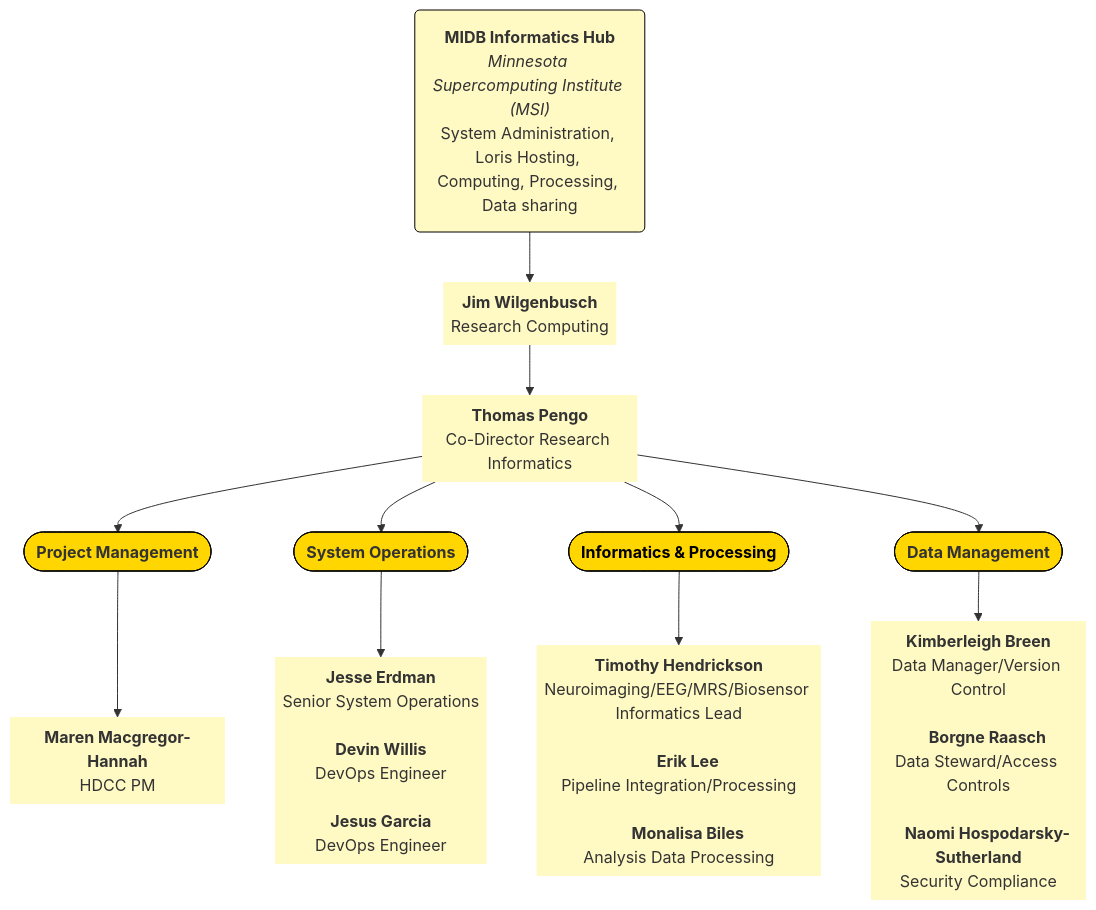
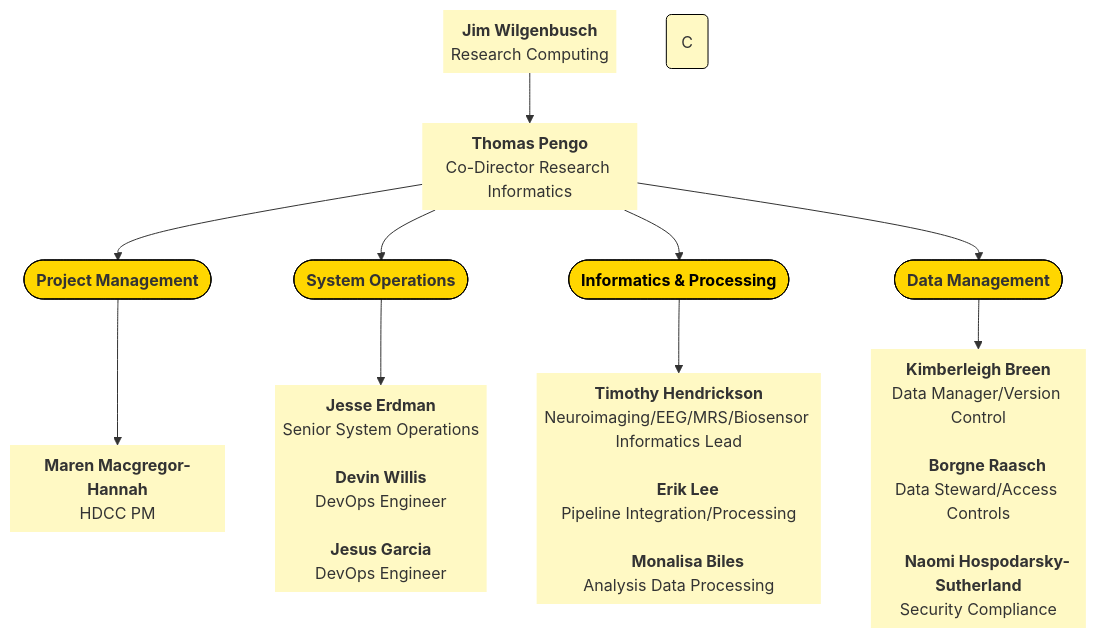
The fifth of 6 diagrams in docs/orgcharts.md (DCAN-Labs/hbcd-docs-internal), drawn with Mermaid before and after one commit. The commit also changed other lines of this file, not shown here.

````diff
--- a/docs/orgcharts.md
+++ b/docs/orgcharts.md
@@ -331,38 +333,37 @@
 ```mermaid
 ---
 config:
   layout: dagre
 ---
 flowchart TB
-    C["<b>MIDB Informatics Hub</b><br><i>Minnesota Supercomputing Institute (MSI)</i><br>System Administration, Loris Hosting, Computing, Processing, Data sharing"] --> K["<b>Jim Wilgenbusch</b><br>Research Computing"]
-    K --> L["<b>Thomas Pengo</b><br>Co-Director Research Informatics"]
+  K["<b>Jim Wilgenbusch</b><br>Research Computing"] --> L["<b>Thomas Pengo</b><br>Co-Director Research Informatics"]
     L --> M(["<b>Project Management</b>"]) & N(["<b>System Operations</b>"]) & O(["<b>Informatics &amp; Processing</b>"]) & P(["<b>Data Management</b>"])
     N --> Q["<b>Jesse Erdman</b><br>Senior System Operations<br>
     <b>Devin Willis</b><br>DevOps Engineer<br>
     <b>Jesus Garcia</b><br>DevOps Engineer"]
     O --> n4["<b>Timothy Hendrickson</b><br>Neuroimaging/EEG/MRS/Biosensor Informatics Lead<br>
     <b>Erik Lee</b><br>Pipeline Integration/Processing<br>
     <b>Monalisa Biles</b><br>Analysis Data Processing"]
     M --> n6@{ label: "<span style=\"--tw-scale-x:\"><b>Maren Macgregor-Hannah</b><br>HDCC PM</span><br style=\"--tw-scale-x:\">" }
     P --> n7["<b>Kimberleigh Breen</b><br>Data Manager/Version Control<br>
     <b>Borgne Raasch</b><br>Data Steward/Access Controls<br>
     <b>Naomi Hospodarsky-Sutherland</b><br>Security Compliance"]
     C@{ shape: rounded}
     K@{ shape: text}
     L@{ shape: text}
     Q@{ shape: text}
     n4@{ shape: text}
     n6@{ shape: text}
     n7@{ shape: text}
     style C stroke:#000000,fill:#FFF9C4
     style K fill:#FFF9C4
     style L fill:#FFF9C4
     style M fill:#FFD600,stroke:#000000
     style N fill:#FFD600,stroke:#000000
     style O color:#000000,fill:#FFD600,stroke:#000000
     style P fill:#FFD600,stroke:#000000
     style Q fill:#FFF9C4
     style n4 fill:#FFF9C4
     style n6 fill:#FFF9C4
     style n7 fill:#FFF9C4
 ```
````
